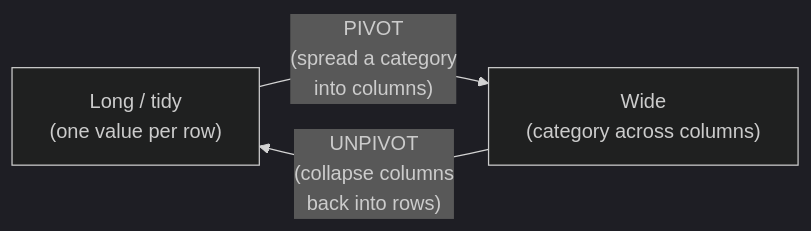
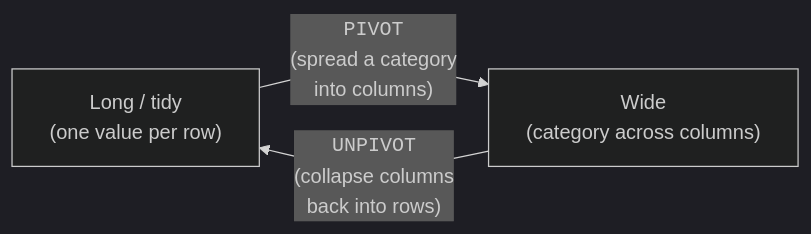
Before and after one commit to dataslope/dataslope: the diagram in content/courses/sql-analytics-duckdb/pivoting-and-reshaping.mdx, drawn with Mermaid (dark theme). The commit also changed other lines of this file and 283 other files, not shown here.

First line of the commit message:
Diagrams as elements, not characters: fix the box model, sweep the corpus, and make syntax breakdowns a convention (#652)

````diff
--- a/content/courses/sql-analytics-duckdb/pivoting-and-reshaping.mdx
+++ b/content/courses/sql-analytics-duckdb/pivoting-and-reshaping.mdx
@@ -37,5 +37,5 @@
 ```mermaid
 flowchart LR
-    Long["Long / tidy<br/>(one value per row)"] -- "PIVOT<br/>(spread a category<br/>into columns)" --> Wide["Wide<br/>(category across columns)"]
-    Wide -- "UNPIVOT<br/>(collapse columns<br/>back into rows)" --> Long
+    Long["Long / tidy<br/>(one value per row)"] -- "<code>PIVOT</code><br/>(spread a category<br/>into columns)" --> Wide["Wide<br/>(category across columns)"]
+    Wide -- "<code>UNPIVOT</code><br/>(collapse columns<br/>back into rows)" --> Long
 ```
````
